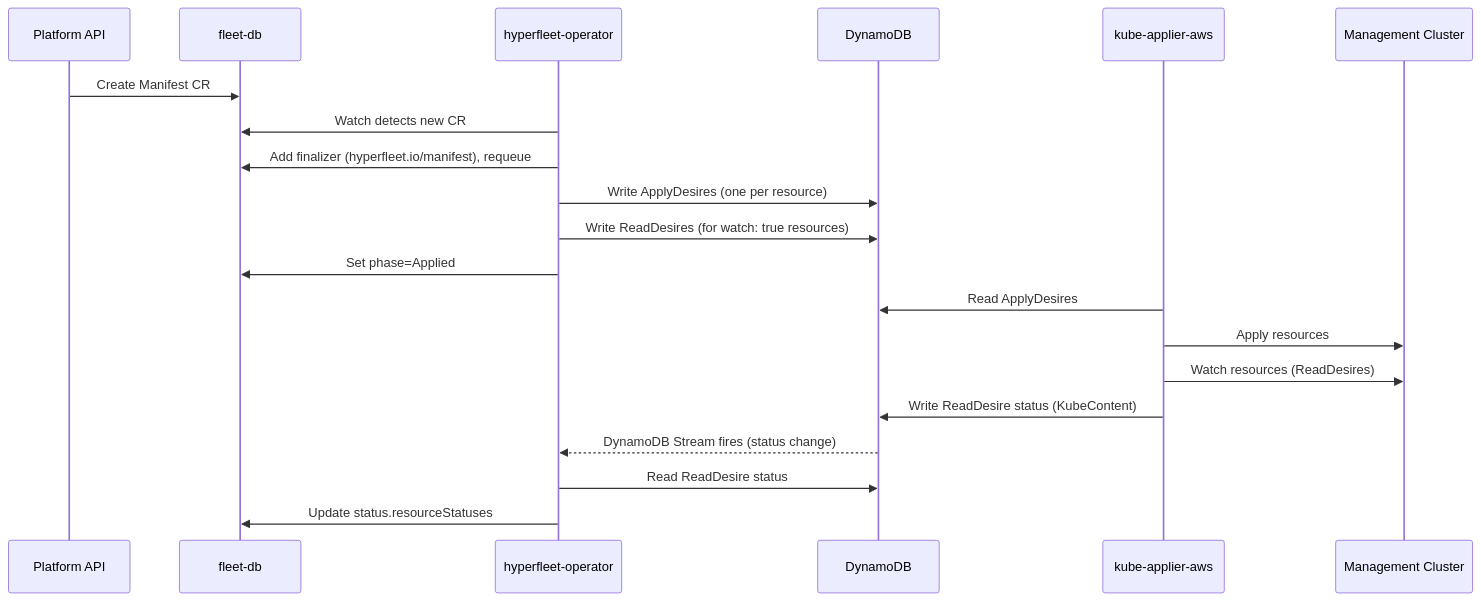
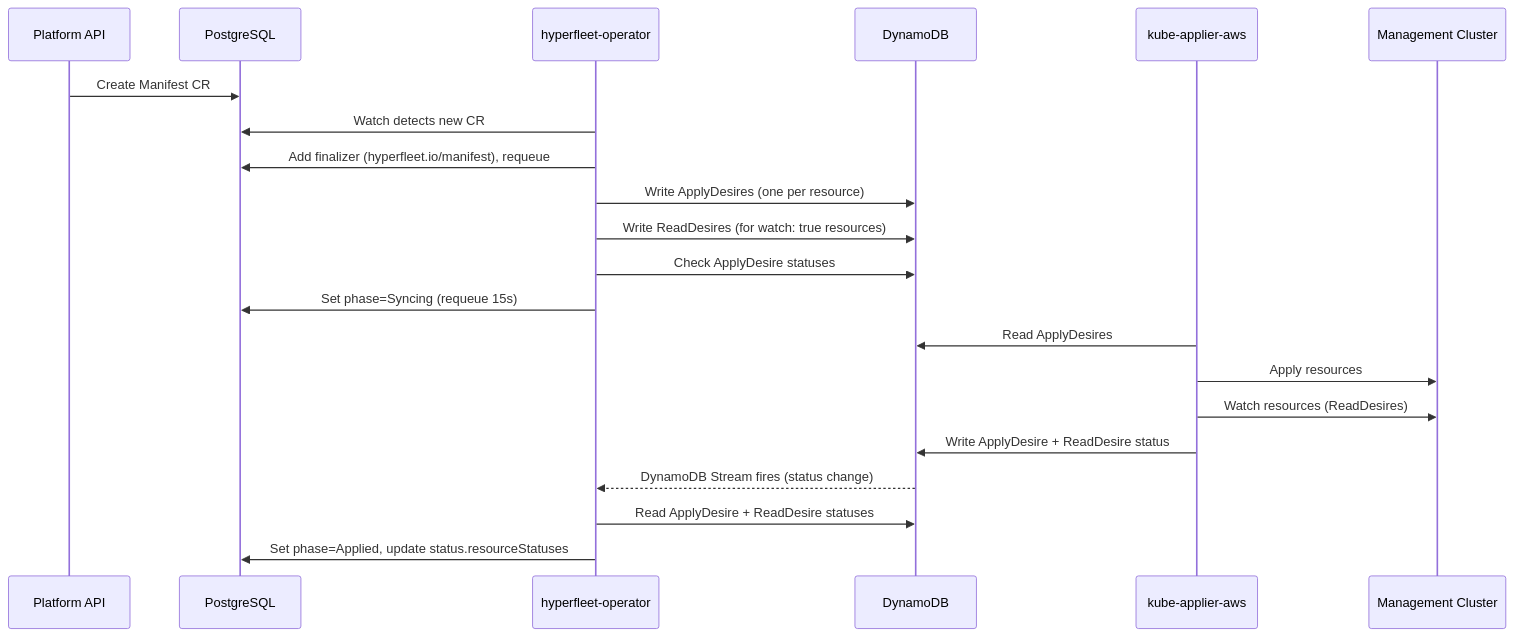
Before and after one commit to typeid/hyperfleet-operator: the first of 2 diagrams in docs/manifest-controller.md, drawn with Mermaid. The commit also changed other lines of this file and 46 other files, not shown here.

````diff
--- a/docs/manifest-controller.md
+++ b/docs/manifest-controller.md
@@ -9,23 +9,24 @@
 ```mermaid
 sequenceDiagram
     participant API as Platform API
-    participant FDB as fleet-db
+    participant PG as PostgreSQL
     participant Op as hyperfleet-operator
     participant DDB as DynamoDB
     participant KA as kube-applier-aws
     participant MC as Management Cluster
 
-    API->>FDB: Create Manifest CR
-    Op->>FDB: Watch detects new CR
-    Op->>FDB: Add finalizer (hyperfleet.io/manifest), requeue
+    API->>PG: Create Manifest CR
+    Op->>PG: Watch detects new CR
+    Op->>PG: Add finalizer (hyperfleet.io/manifest), requeue
     Op->>DDB: Write ApplyDesires (one per resource)
     Op->>DDB: Write ReadDesires (for watch: true resources)
-    Op->>FDB: Set phase=Applied
+    Op->>DDB: Check ApplyDesire statuses
+    Op->>PG: Set phase=Syncing (requeue 15s)
     KA->>DDB: Read ApplyDesires
     KA->>MC: Apply resources
     KA->>MC: Watch resources (ReadDesires)
-    KA->>DDB: Write ReadDesire status (KubeContent)
+    KA->>DDB: Write ApplyDesire + ReadDesire status
     DDB-->>Op: DynamoDB Stream fires (status change)
-    Op->>DDB: Read ReadDesire status
-    Op->>FDB: Update status.resourceStatuses
+    Op->>DDB: Read ApplyDesire + ReadDesire statuses
+    Op->>PG: Set phase=Applied, update status.resourceStatuses
 ```
````
